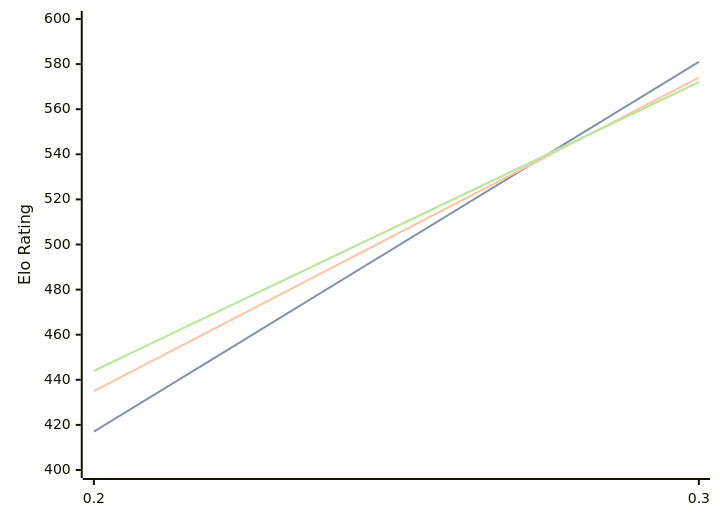
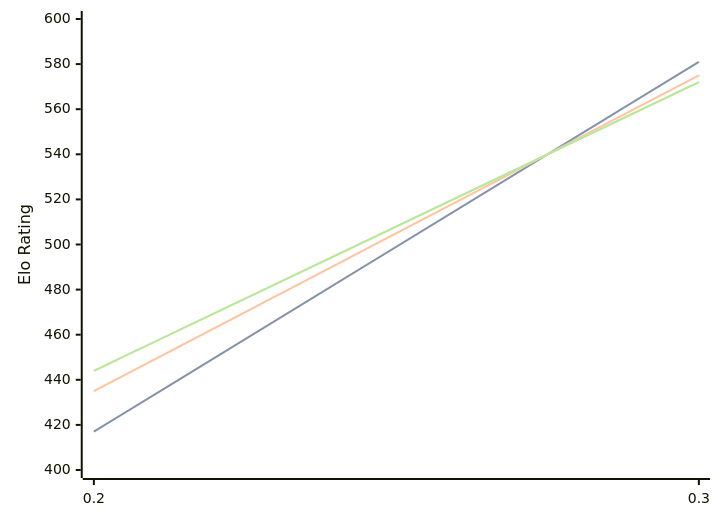
Before and after one commit to computer-chess-index/cci: the diagram in engines/Magpie.md, drawn with Mermaid. The commit also changed other lines of this file, not shown here.

````diff
--- a/engines/Magpie.md
+++ b/engines/Magpie.md
@@ -32,11 +32,11 @@
 ```mermaid
 %%{init: {"theme":"base","themeVariables":{"seriesColors:['#a3a3a3','#222221','#faa371']}}}%%
 xychart-beta
   x-axis ["0.2", "0.3"]
   y-axis "Elo Rating" 400 --> 600
   line "" [417, 581]
   line "STC (8.0+0.08s)" [417, 581]
-  line "LTC (60.0+0.60s)" [435, 574]
+  line "LTC (60.0+0.60s)" [435, 575]
   line "" [444, 572]
   line "VLTC (2m24s+1.12s)" [444, 572]
 ```
````
